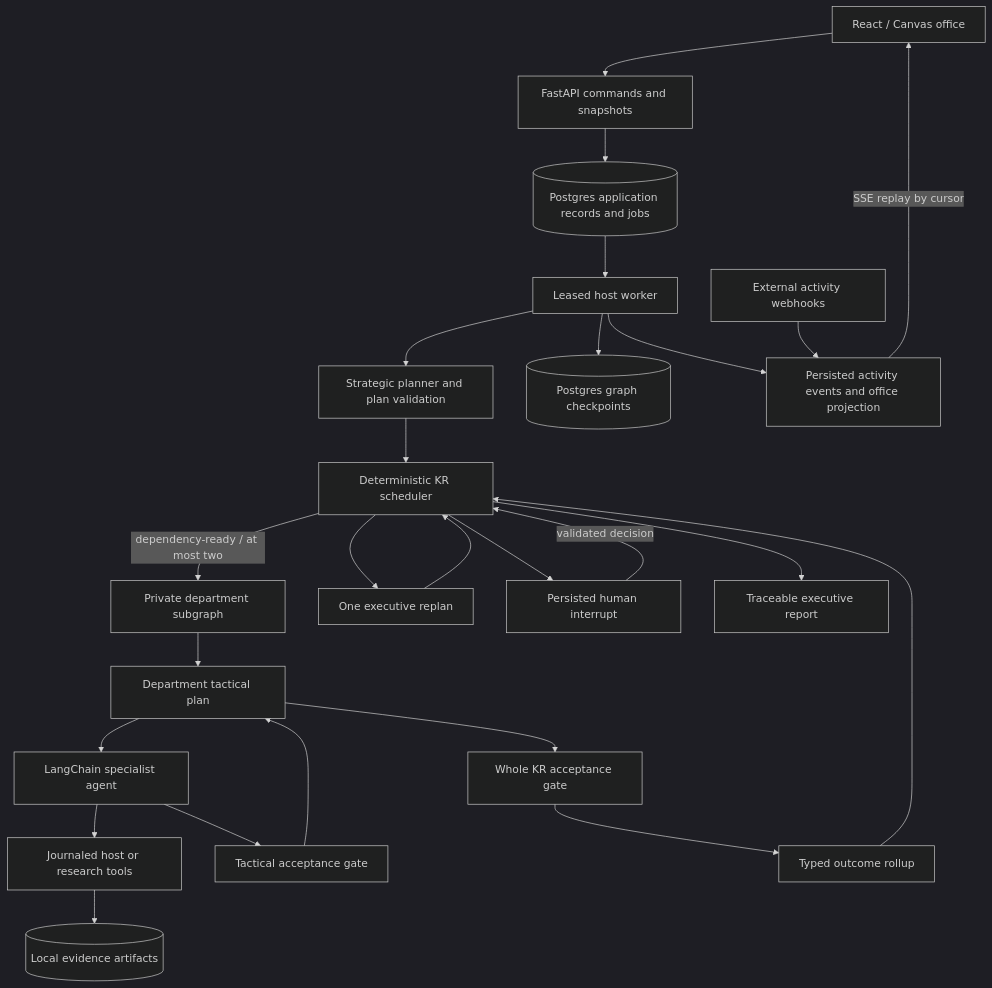
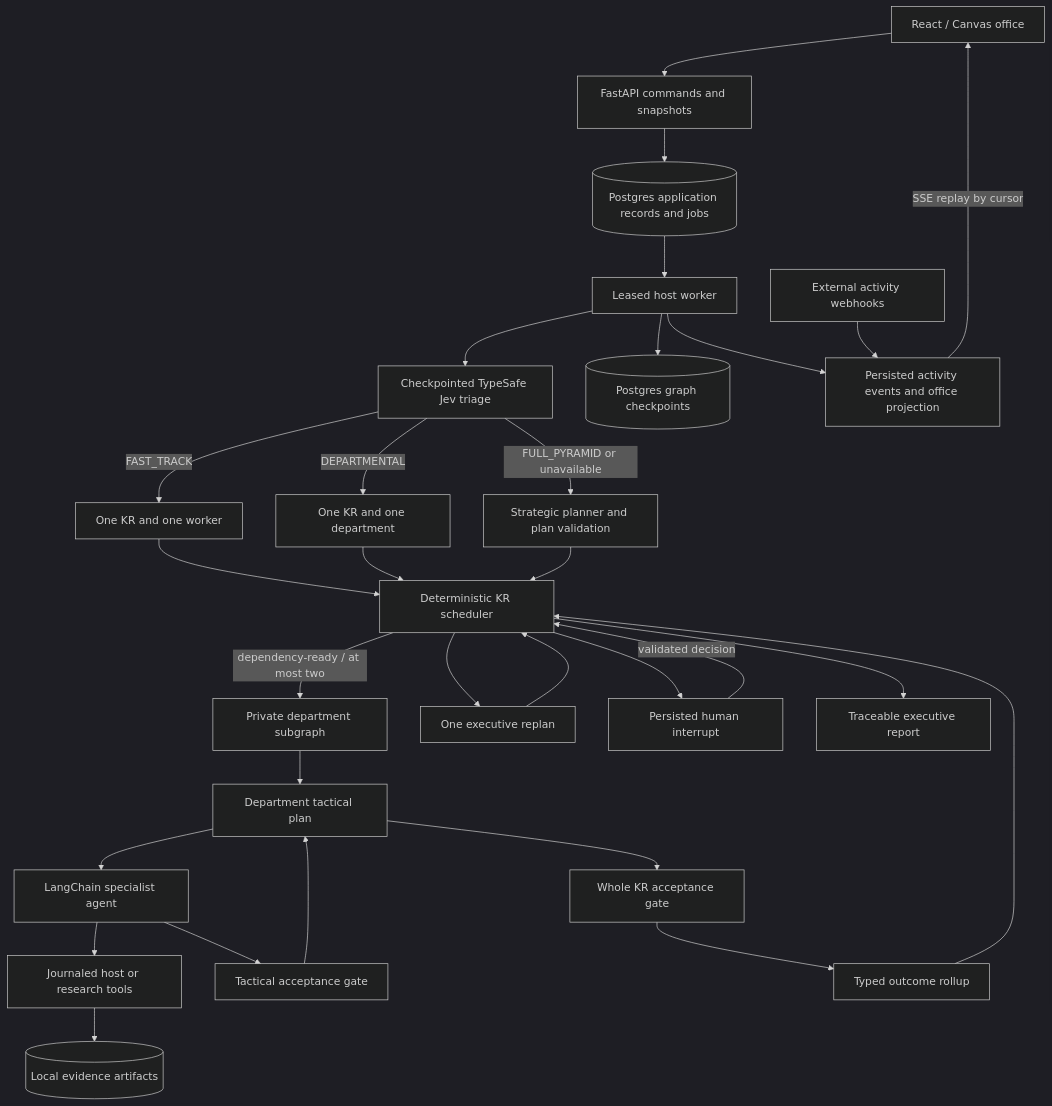
Before and after one commit to thanayut1750/spoc-harness: the diagram in docs/architecture.md, drawn with Mermaid (dark theme). The commit also changed other lines of this file and 32 other files, not shown here.

Commit message:
feat: add Jev fast-track routing, model settings, and Regenesis reset

````diff
--- a/docs/architecture.md
+++ b/docs/architecture.md
@@ -3,27 +3,32 @@
 ```mermaid
 flowchart TD
     UI[React / Canvas office] --> API[FastAPI commands and snapshots]
     API --> DB[(Postgres application records and jobs)]
     DB --> Worker[Leased host worker]
-    Worker --> Plan[Strategic planner and plan validation]
+    Worker --> Triage[Checkpointed TypeSafe Jev triage]
+    Triage -->|FAST_TRACK| Direct[One KR and one worker]
+    Triage -->|DEPARTMENTAL| Single[One KR and one department]
+    Triage -->|FULL_PYRAMID or unavailable| Plan[Strategic planner and plan validation]
+    Direct --> Schedule
+    Single --> Schedule
     Plan --> Schedule[Deterministic KR scheduler]
     Schedule -->|dependency-ready / at most two| Dept[Private department subgraph]
     Dept --> Head[Department tactical plan]
     Head --> Specialist[LangChain specialist agent]
     Specialist --> Tool[Journaled host or research tools]
     Tool --> Files[(Local evidence artifacts)]
     Specialist --> TacticalGate[Tactical acceptance gate]
     TacticalGate --> Head
     Head --> KRGate[Whole KR acceptance gate]
     KRGate --> Rollup[Typed outcome rollup]
     Rollup --> Schedule
     Schedule --> Replan[One executive replan]
     Replan --> Schedule
     Schedule --> Review[Persisted human interrupt]
     Review -->|validated decision| Schedule
     Schedule --> Report[Traceable executive report]
     Worker --> Checkpoint[(Postgres graph checkpoints)]
     Worker --> Events[Persisted activity events and office projection]
     Events -->|SSE replay by cursor| UI
     External[External activity webhooks] --> Events
 ```
````
